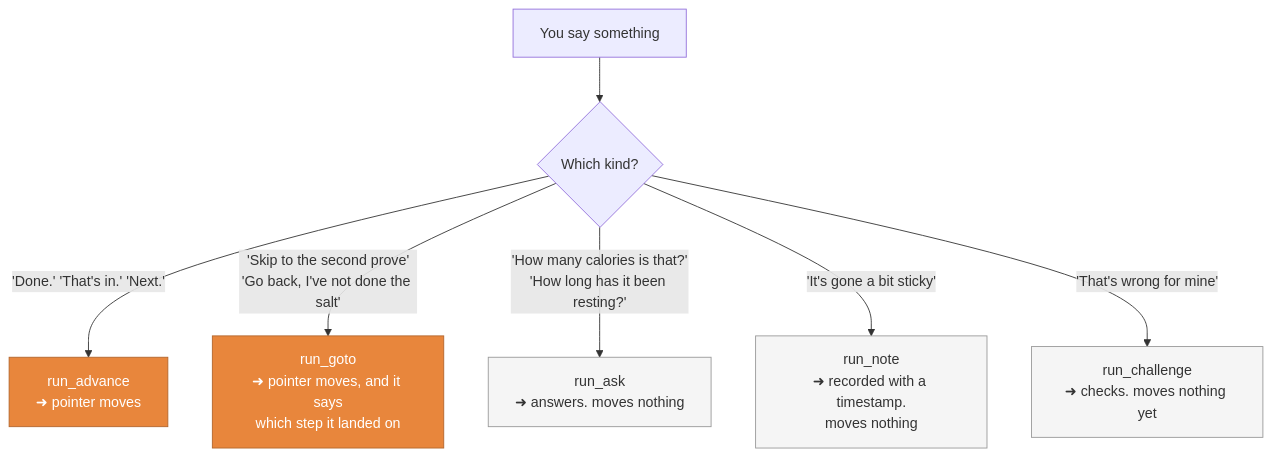
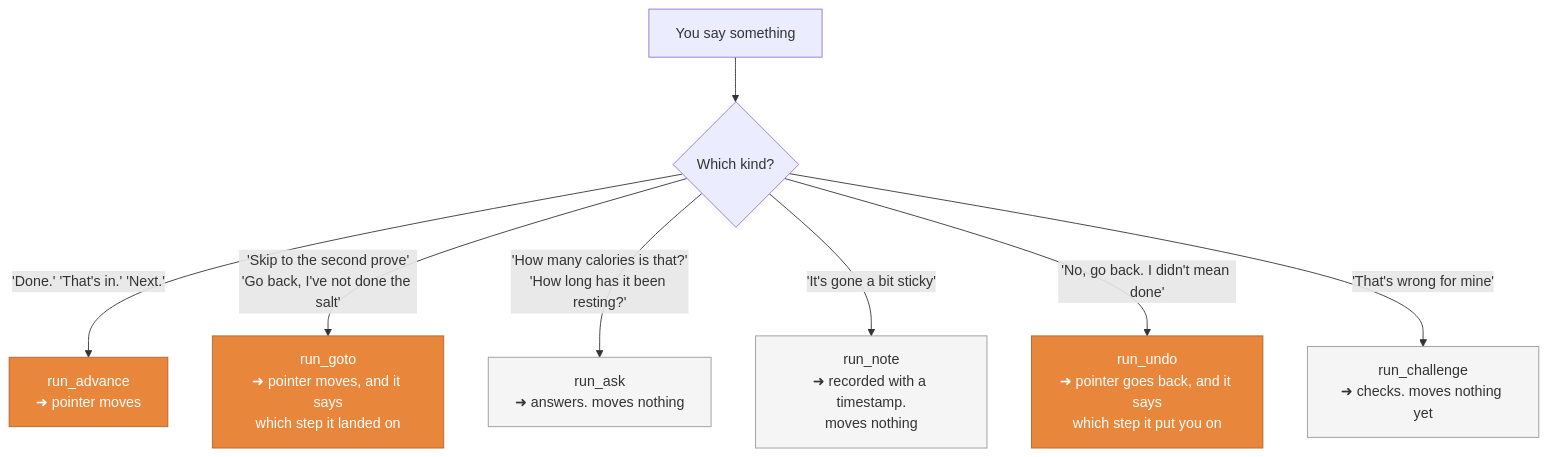
The second of 5 diagrams in README.md (ianmin2/home-assistant-stepwise), drawn with Mermaid before and after one commit. The commit also changed other lines of this file and 11 other files, not shown here.

````diff
--- a/README.md
+++ b/README.md
@@ -168,15 +168,17 @@
 ```mermaid
 flowchart TD
     U["You say something"] --> K{"Which kind?"}
     K -->|"'Done.' 'That's in.' 'Next.'"| ADV["run_advance<br/>➜ pointer moves"]
     K -->|"'Skip to the second prove'<br/>'Go back, I've not done the salt'"| GO["run_goto<br/>➜ pointer moves, and it says<br/>which step it landed on"]
     K -->|"'How many calories is that?'<br/>'How long has it been resting?'"| ASK["run_ask<br/>➜ answers. moves nothing"]
     K -->|"'It's gone a bit sticky'"| NOTE["run_note<br/>➜ recorded with a timestamp.<br/>moves nothing"]
+    K -->|"'No, go back. I didn't mean done'"| UNDO["run_undo<br/>➜ pointer goes back, and it says<br/>which step it put you on"]
     K -->|"'That's wrong for mine'"| CH["run_challenge<br/>➜ checks. moves nothing yet"]
 
     style ADV fill:#e8863c,stroke:#b3652c,color:#fff
     style GO fill:#e8863c,stroke:#b3652c,color:#fff
+    style UNDO fill:#e8863c,stroke:#b3652c,color:#fff
     style ASK fill:#f5f5f5,stroke:#999999,color:#333333
     style NOTE fill:#f5f5f5,stroke:#999999,color:#333333
     style CH fill:#f5f5f5,stroke:#999999,color:#333333
 ```
````
